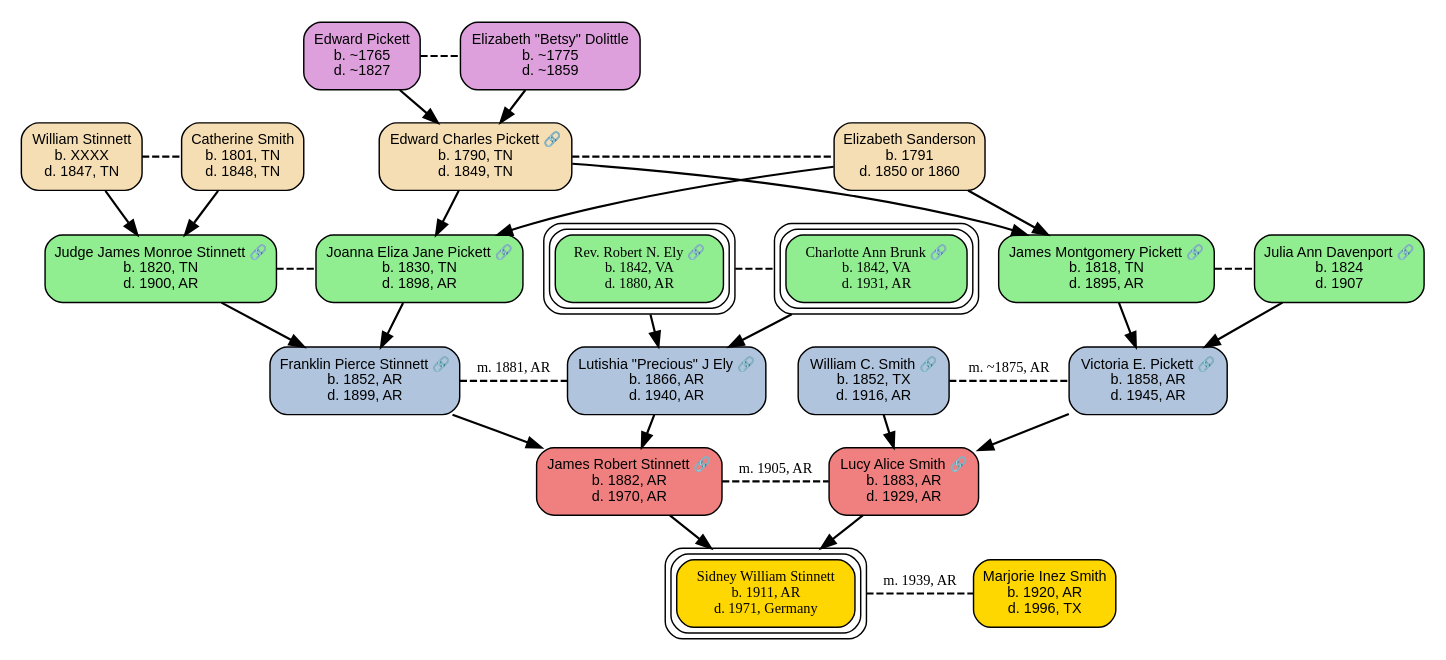
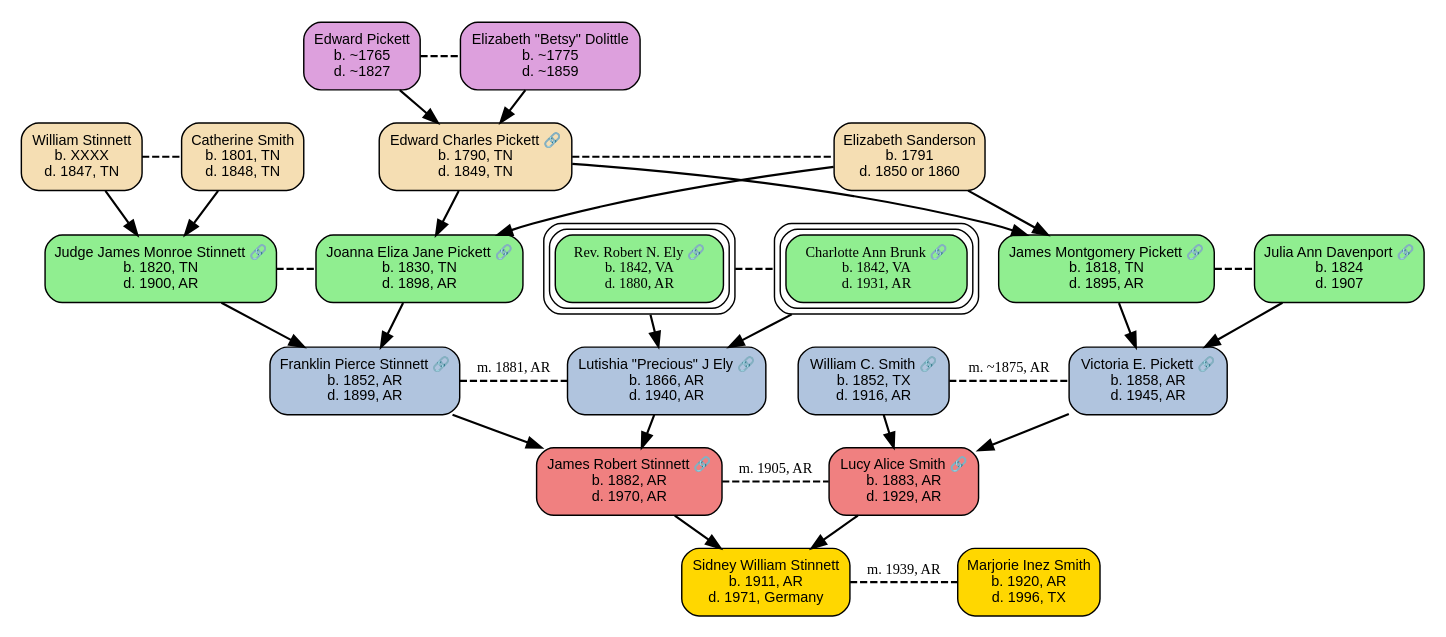
The diagram in output/Stinnett_line.dot (lchogal/Stinnett_line), drawn with Graphviz before and after one commit. The commit also changed 57 other files, not shown here.

```diff
--- a/output/Stinnett_line.dot
+++ b/output/Stinnett_line.dot
@@ -1,78 +1,78 @@
 digraph family_tree {
     rankdir=TB;
     bgcolor=white;
     margin=0.1;
     pad=0.1;
     ranksep=0.3;
     nodesep=0.2;
     node [shape=box, style="filled,rounded", fontname="Arial", fontsize=10, fixedsize=false, margin=0.1];
     edge [color=black, penwidth=1.5];
     
     
-    "G0_ME" [label="Sidney William Stinnett\nb. 1911, AR\nd. 1971, Germany", fillcolor="gold", style="filled,rounded", peripheries=3, fontname="Arial Bold", tooltip="", class="tree-connection"];
+    "G0_ME" [label="Sidney William Stinnett\nb. 1911, AR\nd. 1971, Germany", fillcolor="gold", style="filled,rounded", tooltip=""];
     "G0_SPOUSE" [label="Marjorie Inez Smith\nb. 1920, AR\nd. 1996, TX", fillcolor="gold", style="filled,rounded", tooltip=""];
     "G1_FATHER" [label="James Robert Stinnett 🔗\nb. 1882, AR\nd. 1970, AR", fillcolor="lightcoral", style="filled,rounded", URL="https://ancestors.familysearch.org/en/94ZN-LGR/james-robert-stinnett-1882-1970", target="_blank", tooltip=""];
     "G1_MOTHER" [label="Lucy Alice Smith 🔗\nb. 1883, AR\nd. 1929, AR", fillcolor="lightcoral", style="filled,rounded", URL="https://ancestors.familysearch.org/en/L6PQ-JNL/lucy-alice-smith-1883-1929", target="_blank", tooltip=""];
     "G2_PATERNAL_GF" [label="Franklin Pierce Stinnett 🔗\nb. 1852, AR\nd. 1899, AR", fillcolor="lightsteelblue", style="filled,rounded", URL="https://ancestors.familysearch.org/en/LVY3-NS2/franklin-pierce-stinnett-1852-1899", target="_blank", tooltip=""];
     "G2_PATERNAL_GM" [label="Lutishia \"Precious\" J Ely 🔗\nb. 1866, AR\nd. 1940, AR", fillcolor="lightsteelblue", style="filled,rounded", URL="https://ancestors.familysearch.org/en/L6PQ-J8S/mary-elizabeth-ely-1867-1896", target="_blank", tooltip=""];
     "G2_MATERNAL_GF" [label="William C. Smith 🔗\nb. 1852, TX\nd. 1916, AR", fillcolor="lightsteelblue", style="filled,rounded", URL="https://ancestors.familysearch.org/en/LHZY-JJN/william-c-smith-1852-1916", target="_blank", tooltip=""];
     "G2_MATERNAL_GM" [label="Victoria E. Pickett 🔗\nb. 1858, AR\nd. 1945, AR", fillcolor="lightsteelblue", style="filled,rounded", URL="https://ancestors.familysearch.org/en/KLFH-LP8/victoria-e-pickett-1858-1945", target="_blank", tooltip=""];
     "G3_STINNETT_GGF" [label="Judge James Monroe Stinnett 🔗\nb. 1820, TN\nd. 1900, AR", fillcolor="lightgreen", style="filled,rounded", URL="https://www.findagrave.com/memorial/208534647/james-monroe-stinnett?utm_source=chatgpt.com", target="_blank", tooltip=""];
     "G3_PICKETT_GGM" [label="Joanna Eliza Jane Pickett 🔗\nb. 1830, TN\nd. 1898, AR", fillcolor="lightgreen", style="filled,rounded", URL="https://www.findagrave.com/memorial/208534639/joanna_eliza_jane-stinnett", target="_blank", tooltip=""];
     "G3_ELY_GGF" [label="Rev. Robert N. Ely 🔗\nb. 1842, VA\nd. 1880, AR", fillcolor="lightgreen", style="filled,rounded", peripheries=3, fontname="Arial Bold", URL="https://ancestors.familysearch.org/en/L89W-T4N/rev-robert-n-ely-1842-1880", target="_blank", tooltip="", class="tree-connection"];
     "G3_BRUNK_GGM" [label="Charlotte Ann Brunk 🔗\nb. 1842, VA\nd. 1931, AR", fillcolor="lightgreen", style="filled,rounded", peripheries=3, fontname="Arial Bold", URL="https://ancestors.familysearch.org/en/K4X3-J43/charlotte-ann-brunk-ely-1842-1931", target="_blank", tooltip="", class="tree-connection"];
     "G3_PICKET_GGF" [label="James Montgomery Pickett 🔗\nb. 1818, TN\nd. 1895, AR", fillcolor="lightgreen", style="filled,rounded", URL="https://ancestors.familysearch.org/en/K2JG-7PJ/james-montgomery-pickett-1818-1895", target="_blank", tooltip=""];
     "G3_DAVENPORT_GGM" [label="Julia Ann Davenport 🔗\nb. 1824\nd. 1907", fillcolor="lightgreen", style="filled,rounded", URL="https://ancestors.familysearch.org/en/9V5Y-5BX/julia-ann-davenport-1824-1907", target="_blank", tooltip=""];
     "G4_STINNETT" [label="William Stinnett\nb. XXXX\nd. 1847, TN", fillcolor="wheat", style="filled,rounded", tooltip=""];
     "G4_SMITH" [label="Catherine Smith\nb. 1801, TN\nd. 1848, TN", fillcolor="wheat", style="filled,rounded", tooltip=""];
     "G4_PICKET" [label="Edward Charles Pickett 🔗\nb. 1790, TN\nd. 1849, TN", fillcolor="wheat", style="filled,rounded", URL="https://ancestors.familysearch.org/en/LJJN-QYZ/edward-charles-pickett-1790-1849", target="_blank", tooltip=""];
     "G4_SANDERSON" [label="Elizabeth Sanderson\nb. 1791\nd. 1850 or 1860", fillcolor="wheat", style="filled,rounded", tooltip=""];
     "G5_PICKET" [label="Edward Pickett\nb. ~1765\nd. ~1827", fillcolor="plum", style="filled,rounded", tooltip=""];
     "G5_DOLITTLE" [label="Elizabeth \"Betsy\" Dolittle\nb. ~1775\nd. ~1859", fillcolor="plum", style="filled,rounded", tooltip=""];
     
     // Tree navigation connection boxes
     
     // Marriage relationships and rank constraints
     {rank=same; "G0_ME"; "G0_SPOUSE"};
     "G0_ME" -> "G0_SPOUSE" [dir=none, color=black, style=dashed, constraint=false, label="m. 1939, AR", fontsize=10, fontcolor=black];
     {rank=same; "G1_FATHER"; "G1_MOTHER"};
     "G1_FATHER" -> "G1_MOTHER" [dir=none, color=black, style=dashed, constraint=false, label="m. 1905, AR", fontsize=10, fontcolor=black];
     {rank=same; "G2_PATERNAL_GF"; "G2_PATERNAL_GM"};
     "G2_PATERNAL_GF" -> "G2_PATERNAL_GM" [dir=none, color=black, style=dashed, constraint=false, label="m. 1881, AR", fontsize=10, fontcolor=black];
     {rank=same; "G2_MATERNAL_GF"; "G2_MATERNAL_GM"};
     "G2_MATERNAL_GF" -> "G2_MATERNAL_GM" [dir=none, color=black, style=dashed, constraint=false, label="m. ~1875, AR", fontsize=10, fontcolor=black];
     {rank=same; "G3_STINNETT_GGF"; "G3_PICKETT_GGM"};
     "G3_STINNETT_GGF" -> "G3_PICKETT_GGM" [dir=none, color=black, style=dashed, constraint=false];
     {rank=same; "G3_ELY_GGF"; "G3_BRUNK_GGM"};
     "G3_ELY_GGF" -> "G3_BRUNK_GGM" [dir=none, color=black, style=dashed, constraint=false];
     {rank=same; "G3_PICKET_GGF"; "G3_DAVENPORT_GGM"};
     "G3_PICKET_GGF" -> "G3_DAVENPORT_GGM" [dir=none, color=black, style=dashed, constraint=false];
     {rank=same; "G4_STINNETT"; "G4_SMITH"};
     "G4_STINNETT" -> "G4_SMITH" [dir=none, color=black, style=dashed, constraint=false];
     {rank=same; "G4_PICKET"; "G4_SANDERSON"};
     "G4_PICKET" -> "G4_SANDERSON" [dir=none, color=black, style=dashed, constraint=false];
     {rank=same; "G5_PICKET"; "G5_DOLITTLE"};
     "G5_PICKET" -> "G5_DOLITTLE" [dir=none, color=black, style=dashed, constraint=false];
     
     // Parent-child relationships
     "G1_FATHER" -> "G0_ME";
     "G1_MOTHER" -> "G0_ME";
     "G2_PATERNAL_GF" -> "G1_FATHER";
     "G2_PATERNAL_GM" -> "G1_FATHER";
     "G2_MATERNAL_GF" -> "G1_MOTHER";
     "G2_MATERNAL_GM" -> "G1_MOTHER";
     "G3_STINNETT_GGF" -> "G2_PATERNAL_GF";
     "G3_PICKETT_GGM" -> "G2_PATERNAL_GF";
     "G3_ELY_GGF" -> "G2_PATERNAL_GM";
     "G3_BRUNK_GGM" -> "G2_PATERNAL_GM";
     "G3_PICKET_GGF" -> "G2_MATERNAL_GM";
     "G3_DAVENPORT_GGM" -> "G2_MATERNAL_GM";
     "G4_STINNETT" -> "G3_STINNETT_GGF";
     "G4_SMITH" -> "G3_STINNETT_GGF";
     "G4_PICKET" -> "G3_PICKETT_GGM";
     "G4_SANDERSON" -> "G3_PICKETT_GGM";
     "G4_PICKET" -> "G3_PICKET_GGF";
     "G4_SANDERSON" -> "G3_PICKET_GGF";
     "G5_PICKET" -> "G4_PICKET";
     "G5_DOLITTLE" -> "G4_PICKET";
 }
```
